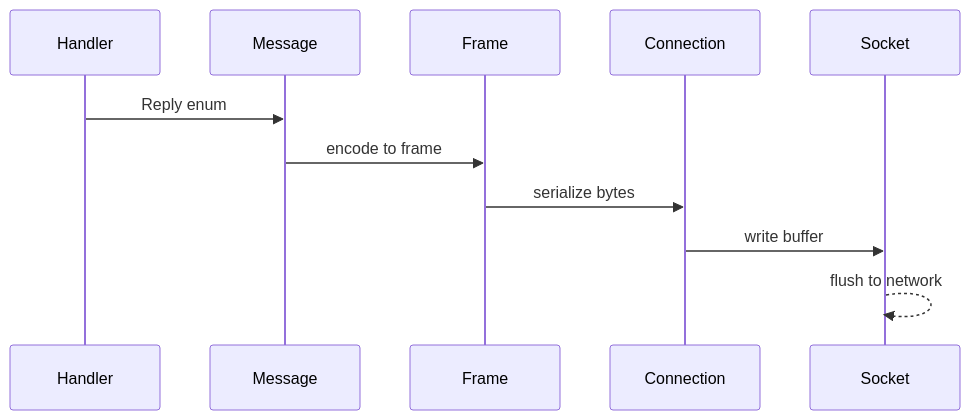
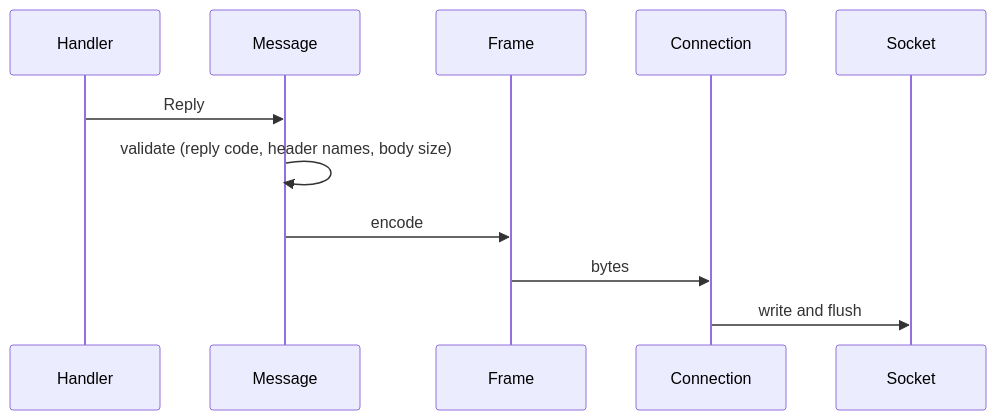
The fourth of 7 diagrams in docs/reference/architecture.md (photom/rust-milter), drawn with Mermaid before and after one commit. The commit also changed other lines of this file and 13 other files, not shown here.

````diff
--- a/docs/reference/architecture.md
+++ b/docs/reference/architecture.md
@@ -219,14 +249,14 @@
 ```mermaid
 sequenceDiagram
     participant Handler
     participant Message
     participant Frame
     participant Connection
     participant Socket
 
-    Handler->>Message: Reply enum
-    Message->>Frame: encode to frame
-    Frame->>Connection: serialize bytes
-    Connection->>Socket: write buffer
-    Socket-->>Socket: flush to network
+    Handler->>Message: Reply
+    Message->>Message: validate (reply code, header names, body size)
+    Message->>Frame: encode
+    Frame->>Connection: bytes
+    Connection->>Socket: write and flush
 ```
````
